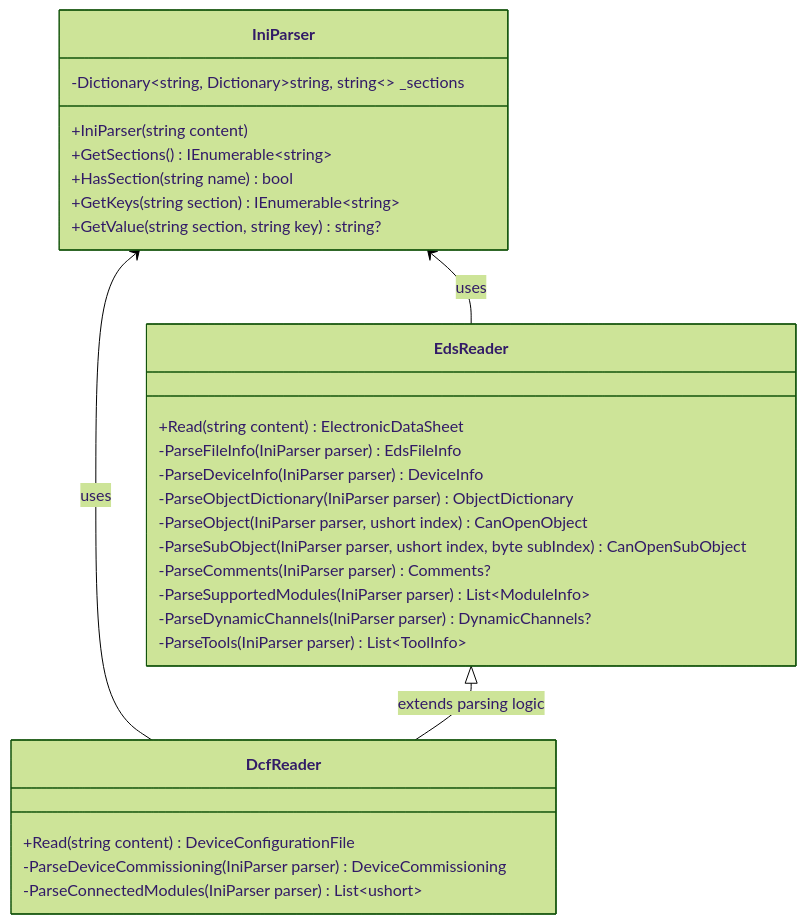
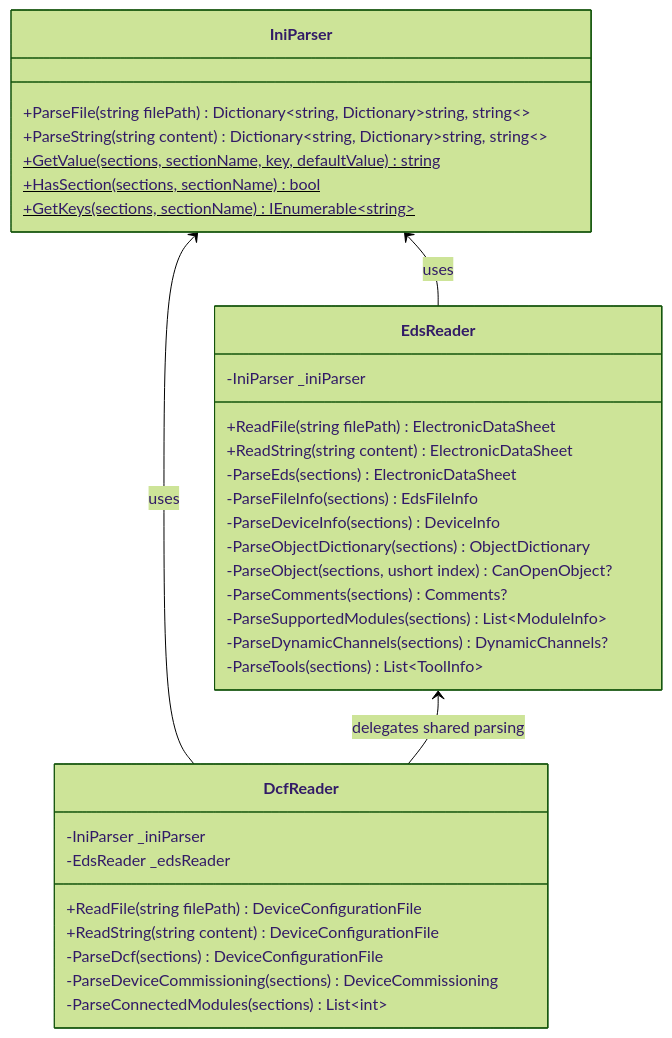
Before and after one commit to dborgards/eds-dcf-net: the second of 7 diagrams in docs/architecture/05-building-block-view.md, drawn with Mermaid (forest theme). The commit also changed other lines of this file and 3 other files, not shown here.

First line of the commit message:
docs: fix inaccuracies in architecture documentation

````diff
--- a/docs/architecture/05-building-block-view.md
+++ b/docs/architecture/05-building-block-view.md
@@ -53,34 +53,39 @@
 ```mermaid
 classDiagram
     class IniParser {
-        -Dictionary~string, Dictionary~string, string~~ _sections
-        +IniParser(string content)
-        +GetSections() IEnumerable~string~
-        +HasSection(string name) bool
-        +GetKeys(string section) IEnumerable~string~
-        +GetValue(string section, string key) string?
+        +ParseFile(string filePath) Dictionary~string, Dictionary~string, string~~
+        +ParseString(string content) Dictionary~string, Dictionary~string, string~~
+        +GetValue(sections, sectionName, key, defaultValue) string$
+        +HasSection(sections, sectionName) bool$
+        +GetKeys(sections, sectionName) IEnumerable~string~$
     }
 
     class EdsReader {
-        +Read(string content) ElectronicDataSheet
-        -ParseFileInfo(IniParser parser) EdsFileInfo
-        -ParseDeviceInfo(IniParser parser) DeviceInfo
-        -ParseObjectDictionary(IniParser parser) ObjectDictionary
-        -ParseObject(IniParser parser, ushort index) CanOpenObject
-        -ParseSubObject(IniParser parser, ushort index, byte subIndex) CanOpenSubObject
-        -ParseComments(IniParser parser) Comments?
-        -ParseSupportedModules(IniParser parser) List~ModuleInfo~
-        -ParseDynamicChannels(IniParser parser) DynamicChannels?
-        -ParseTools(IniParser parser) List~ToolInfo~
+        -IniParser _iniParser
+        +ReadFile(string filePath) ElectronicDataSheet
+        +ReadString(string content) ElectronicDataSheet
+        -ParseEds(sections) ElectronicDataSheet
+        -ParseFileInfo(sections) EdsFileInfo
+        -ParseDeviceInfo(sections) DeviceInfo
+        -ParseObjectDictionary(sections) ObjectDictionary
+        -ParseObject(sections, ushort index) CanOpenObject?
+        -ParseComments(sections) Comments?
+        -ParseSupportedModules(sections) List~ModuleInfo~
+        -ParseDynamicChannels(sections) DynamicChannels?
+        -ParseTools(sections) List~ToolInfo~
     }
 
     class DcfReader {
-        +Read(string content) DeviceConfigurationFile
-        -ParseDeviceCommissioning(IniParser parser) DeviceCommissioning
-        -ParseConnectedModules(IniParser parser) List~ushort~
+        -IniParser _iniParser
+        -EdsReader _edsReader
+        +ReadFile(string filePath) DeviceConfigurationFile
+        +ReadString(string content) DeviceConfigurationFile
+        -ParseDcf(sections) DeviceConfigurationFile
+        -ParseDeviceCommissioning(sections) DeviceCommissioning
+        -ParseConnectedModules(sections) List~int~
     }
 
     IniParser <-- EdsReader : uses
     IniParser <-- DcfReader : uses
-    EdsReader <|-- DcfReader : extends parsing logic
+    EdsReader <-- DcfReader : delegates shared parsing
 ```
````
